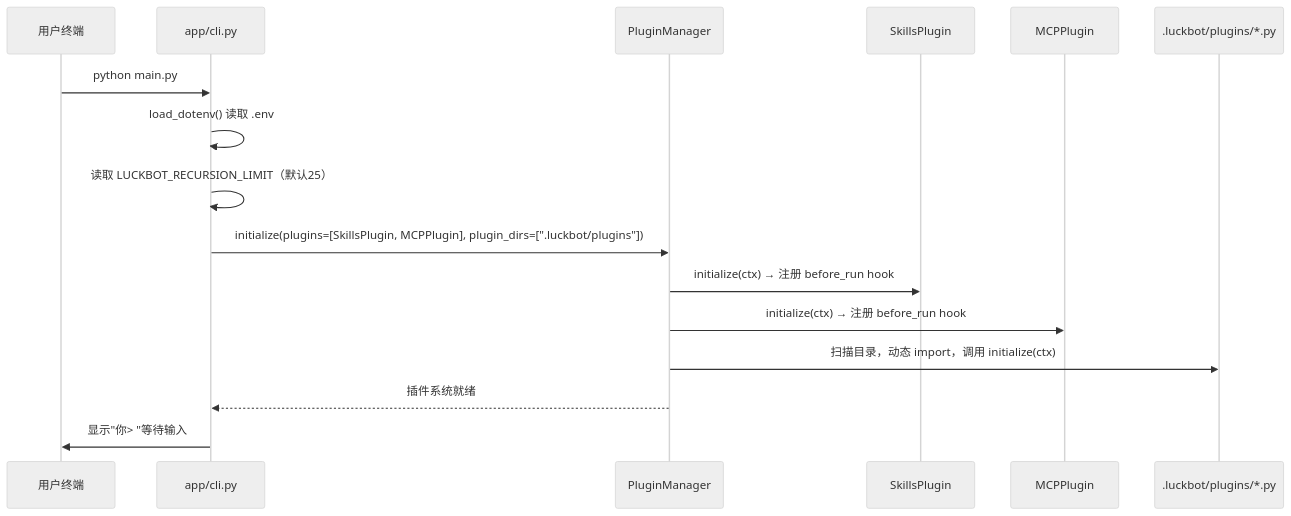
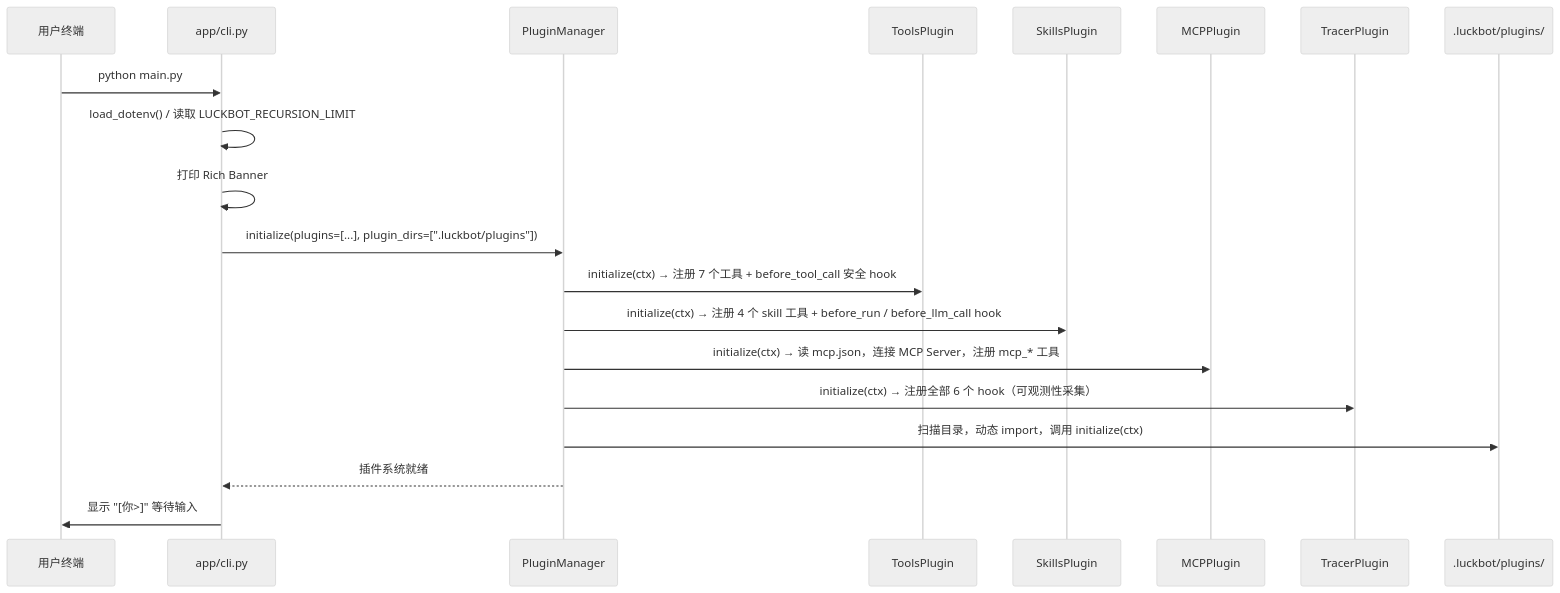
One commit to lwh1919/LuckBot changed the first of 3 diagrams in README.md. Above: the diagram before and after it, drawn with Mermaid (neutral theme). The commit also changed other lines of this file, not shown here.

````diff
--- a/README.md
+++ b/README.md
@@ -29,19 +46,23 @@
 ```mermaid
 sequenceDiagram
     participant user as 用户终端
     participant cli as app/cli.py
     participant pm as PluginManager
+    participant tools as ToolsPlugin
     participant skills as SkillsPlugin
     participant mcp as MCPPlugin
-    participant ext as .luckbot/plugins/*.py
+    participant tracer as TracerPlugin
+    participant ext as .luckbot/plugins/
 
     user->>cli: python main.py
-    cli->>cli: load_dotenv() 读取 .env
-    cli->>cli: 读取 LUCKBOT_RECURSION_LIMIT（默认25）
-    cli->>pm: initialize(plugins=[SkillsPlugin, MCPPlugin], plugin_dirs=[".luckbot/plugins"])
-    pm->>skills: initialize(ctx)  →  注册 before_run hook
-    pm->>mcp: initialize(ctx)     →  注册 before_run hook
+    cli->>cli: load_dotenv() / 读取 LUCKBOT_RECURSION_LIMIT
+    cli->>cli: 打印 Rich Banner
+    cli->>pm: initialize(plugins=[...], plugin_dirs=[".luckbot/plugins"])
+    pm->>tools: initialize(ctx) → 注册 7 个工具 + before_tool_call 安全 hook
+    pm->>skills: initialize(ctx) → 注册 4 个 skill 工具 + before_run / before_llm_call hook
+    pm->>mcp: initialize(ctx) → 读 mcp.json，连接 MCP Server，注册 mcp_* 工具
+    pm->>tracer: initialize(ctx) → 注册全部 6 个 hook（可观测性采集）
     pm->>ext: 扫描目录，动态 import，调用 initialize(ctx)
     pm-->>cli: 插件系统就绪
-    cli->>user: 显示"你> "等待输入
+    cli->>user: 显示 "[你>]" 等待输入
 ```
````
